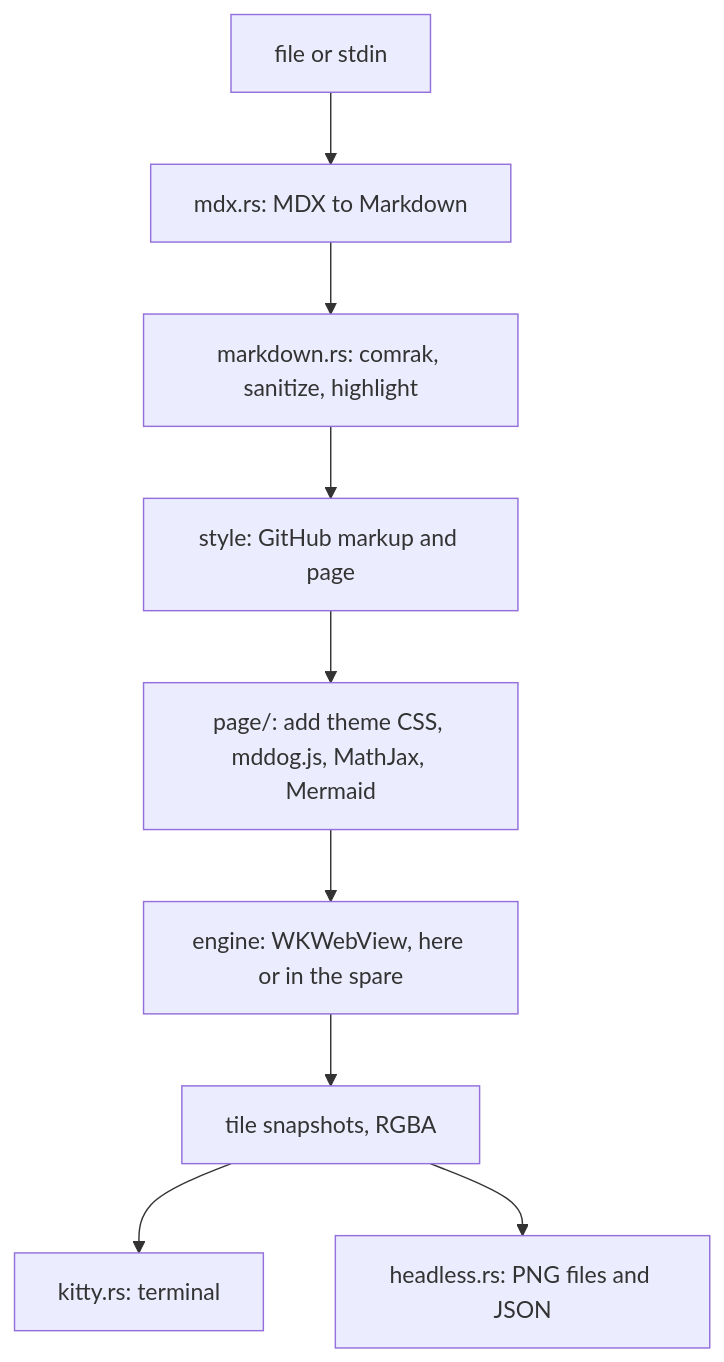
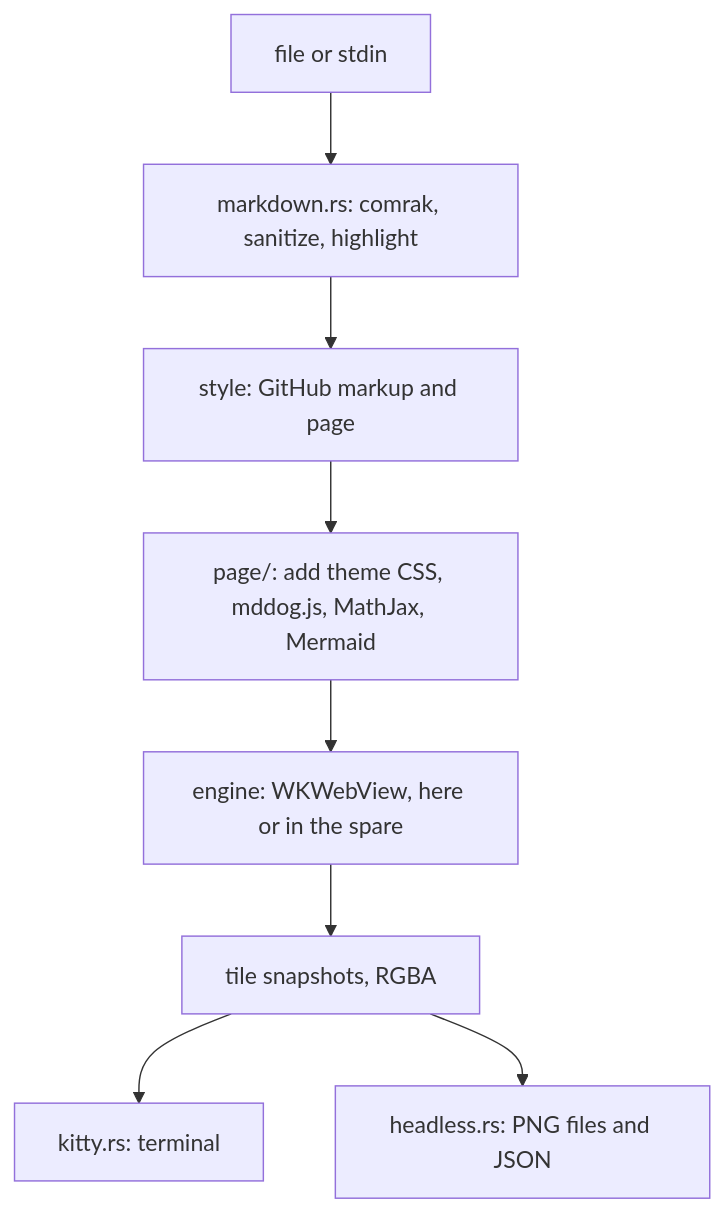
One commit to qu8n/mddog changed the first of 4 diagrams in ARCHITECTURE.md. Above: the diagram before and after it, drawn with Mermaid. The commit also changed other lines of this file and 24 other files, not shown here.

````diff
--- a/ARCHITECTURE.md
+++ b/ARCHITECTURE.md
@@ -85,11 +84,10 @@
 ```mermaid
 flowchart TD
-  A["file or stdin"] --> B["mdx.rs: MDX to Markdown"]
-  B --> C["markdown.rs: comrak, sanitize, highlight"]
+  A["file or stdin"] --> C["markdown.rs: comrak, sanitize, highlight"]
   C --> D["style: GitHub markup and page"]
   D --> E["page/: add theme CSS, mddog.js, MathJax, Mermaid"]
   E --> F["engine: WKWebView, here or in the spare"]
   F --> G["tile snapshots, RGBA"]
   G --> H["kitty.rs: terminal"]
   G --> I["headless.rs: PNG files and JSON"]
 ```
````
